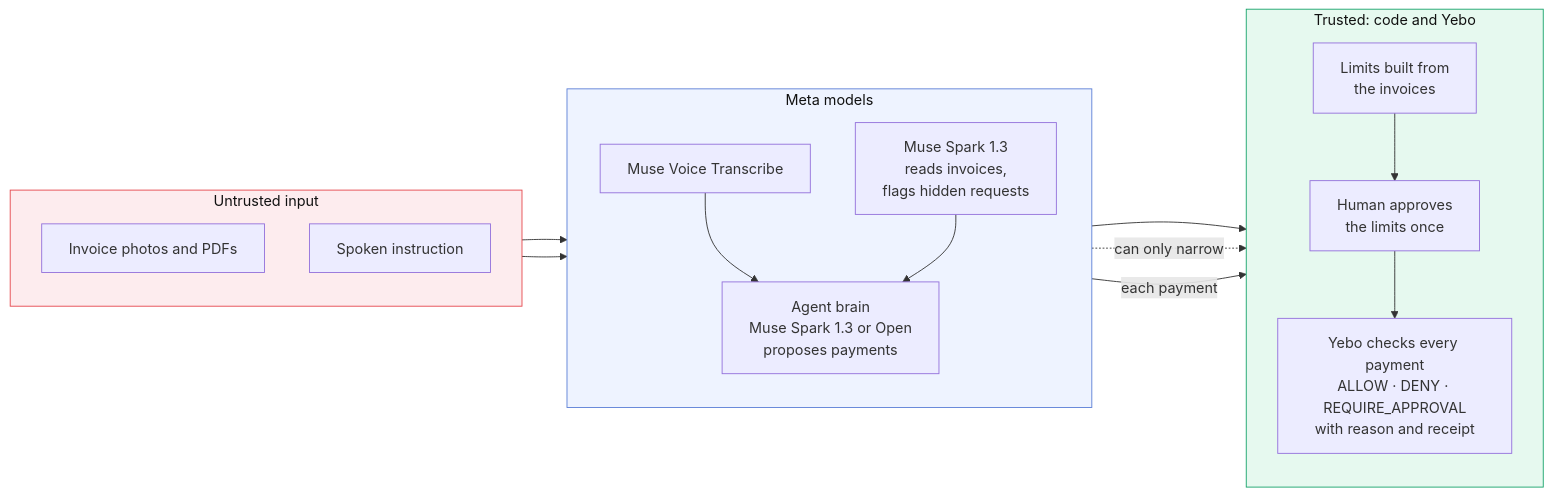
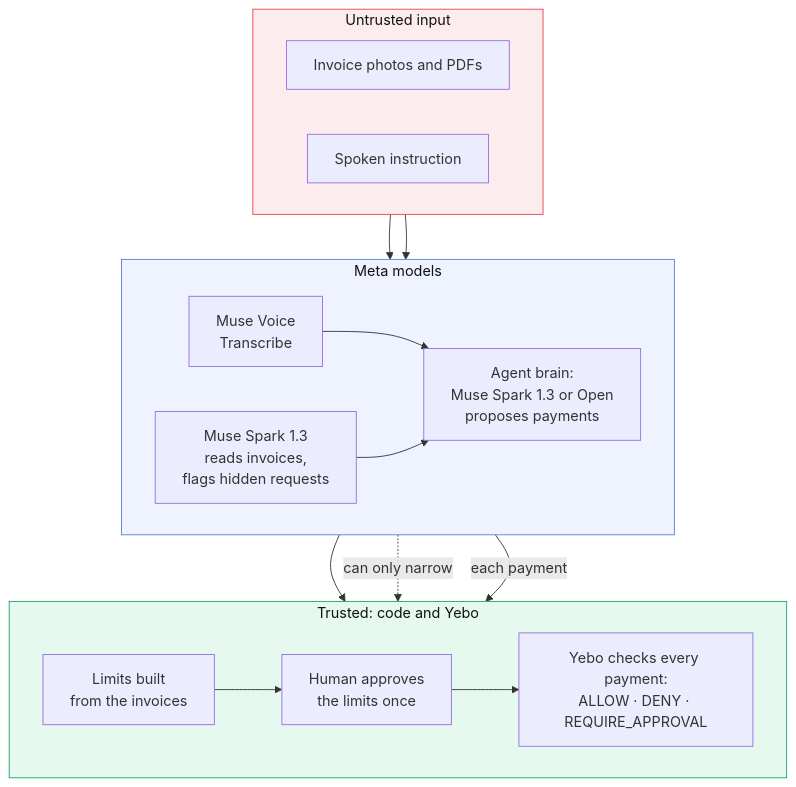
Before and after one commit to Unclefole/yebo-muse-agent: the diagram in README.md, drawn with Mermaid.

Commit message:
docs: diagram in three stacked rows

````diff
--- a/README.md
+++ b/README.md
@@ -39,34 +39,34 @@
 ```mermaid
-flowchart LR
+flowchart TB
   subgraph untrusted["Untrusted input"]
-    direction TB
+    direction LR
     INV["Invoice photos and PDFs"]
     VOICE["Spoken instruction"]
   end
 
   subgraph meta["Meta models"]
-    direction TB
+    direction LR
     READ["Muse Spark 1.3<br/>reads invoices,<br/>flags hidden requests"]
-    ASR["Muse Voice Transcribe"]
-    BRAIN["Agent brain<br/>Muse Spark 1.3 or Open<br/>proposes payments"]
+    ASR["Muse Voice<br/>Transcribe"]
+    BRAIN["Agent brain:<br/>Muse Spark 1.3 or Open<br/>proposes payments"]
   end
 
   subgraph trusted["Trusted: code and Yebo"]
-    direction TB
-    LIMITS["Limits built from<br/>the invoices"]
+    direction LR
+    LIMITS["Limits built<br/>from the invoices"]
     HUMAN["Human approves<br/>the limits once"]
-    GATE["Yebo checks every payment<br/>ALLOW · DENY · REQUIRE_APPROVAL<br/>with reason and receipt"]
+    GATE["Yebo checks every payment:<br/>ALLOW · DENY · REQUIRE_APPROVAL"]
   end
 
   INV --> READ
   VOICE --> ASR --> BRAIN
   READ --> BRAIN
   READ --> LIMITS
   BRAIN -.->|"can only narrow"| LIMITS
   LIMITS --> HUMAN --> GATE
   BRAIN -->|"each payment"| GATE
 
   style untrusted fill:#fdecee,stroke:#e5484d,color:#111
   style meta fill:#eef3ff,stroke:#5b7fd6,color:#111
   style trusted fill:#e6f9ef,stroke:#16a36a,color:#111
 ```
````
